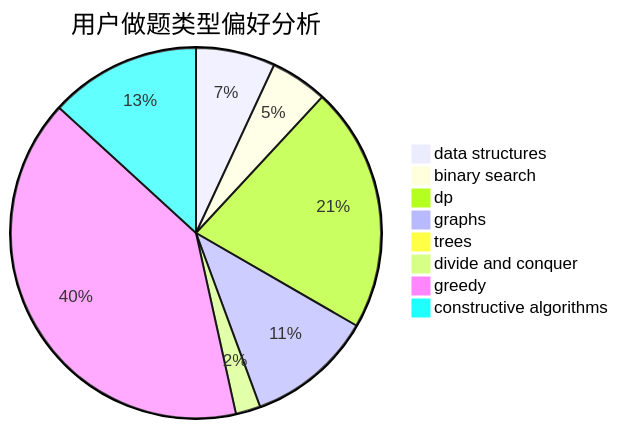
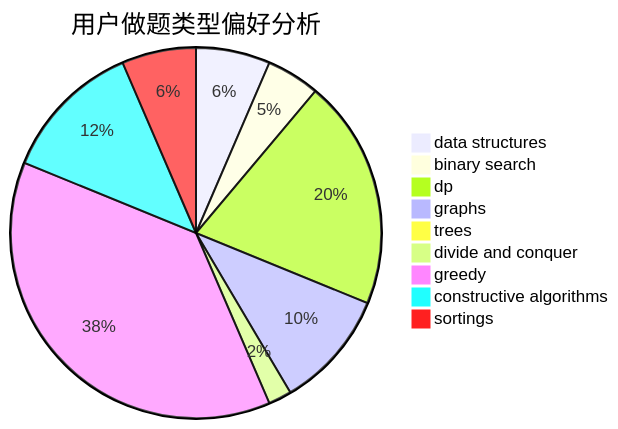
The second of 3 diagrams in docs/user/u2087.md (sherpahu/cfrs.github.io), drawn with Mermaid before and after one commit. The commit also changed other lines of this file and 2769 other files, not shown here.

````diff
--- a/docs/user/u2087.md
+++ b/docs/user/u2087.md
@@ -23,11 +18,12 @@
 ```mermaid
 pie title 用户做题类型偏好分析
     "data structures" :  32
     "binary search" :  23
     "dp" :  99
     "graphs" :  51
     "trees" :  0
     "divide and conquer" :  10
     "greedy" :  186
     "constructive algorithms" :  61
+    "sortings" :  32
 ```
````
